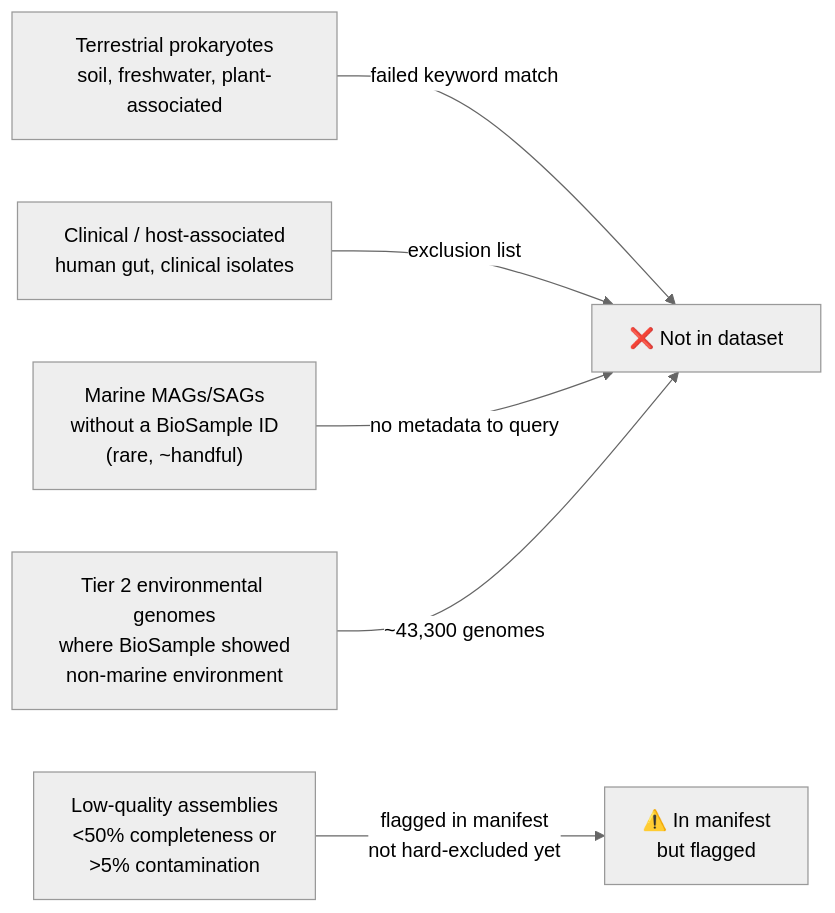
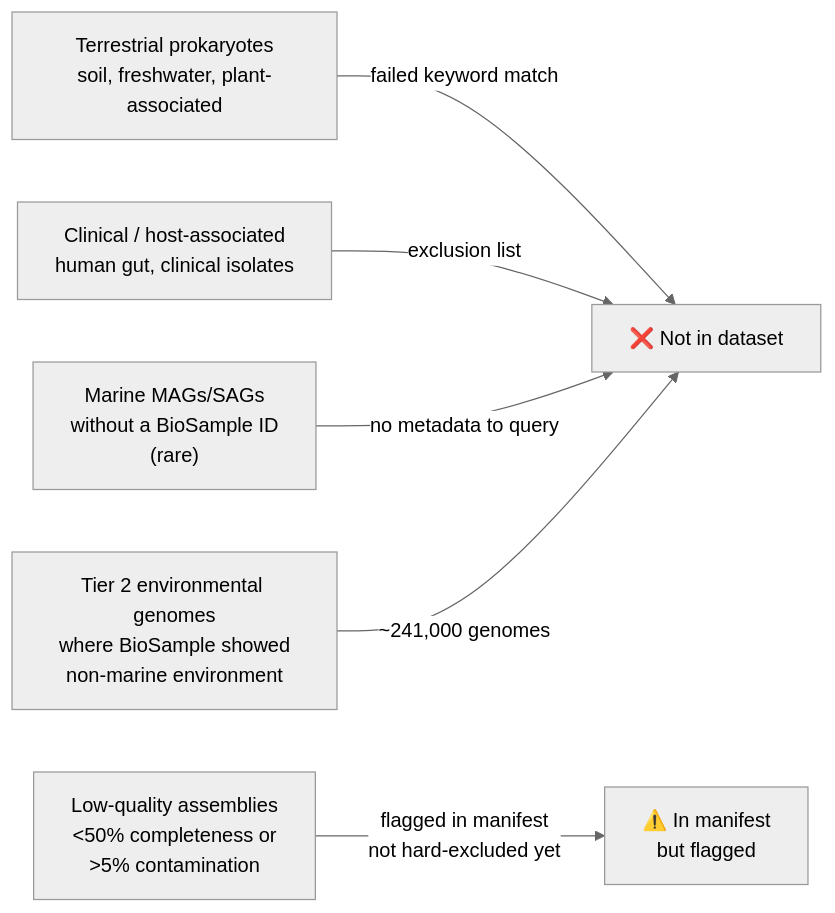
The second of 4 diagrams in docs/marine-genome-selection.md (shuklagyanesh21/marine), drawn with Mermaid (neutral theme) before and after one commit. The commit also changed other lines of this file and 25 other files, not shown here.

First line of the commit message:
Add Tier 3 curated marine catalogs and standardization scripts

````diff
--- a/docs/marine-genome-selection.md
+++ b/docs/marine-genome-selection.md
@@ -116,8 +115,8 @@
 ```mermaid
 flowchart LR
     OUT1["Terrestrial prokaryotes\nsoil, freshwater, plant-associated"] -- "failed keyword match" --> X["❌ Not in dataset"]
     OUT2["Clinical / host-associated\nhuman gut, clinical isolates"] -- "exclusion list" --> X
-    OUT3["Marine MAGs/SAGs\nwithout a BioSample ID\n(rare, ~handful)"] -- "no metadata to query" --> X
-    OUT4["Tier 2 environmental genomes\nwhere BioSample showed\nnon-marine environment"] -- "~43,300 genomes" --> X
+    OUT3["Marine MAGs/SAGs\nwithout a BioSample ID\n(rare)"] -- "no metadata to query" --> X
+    OUT4["Tier 2 environmental genomes\nwhere BioSample showed\nnon-marine environment"] -- "~241,000 genomes" --> X
     OUT5["Low-quality assemblies\n<50% completeness or\n>5% contamination"] -- "flagged in manifest\nnot hard-excluded yet" --> W["⚠️ In manifest\nbut flagged"]
 ```
````
